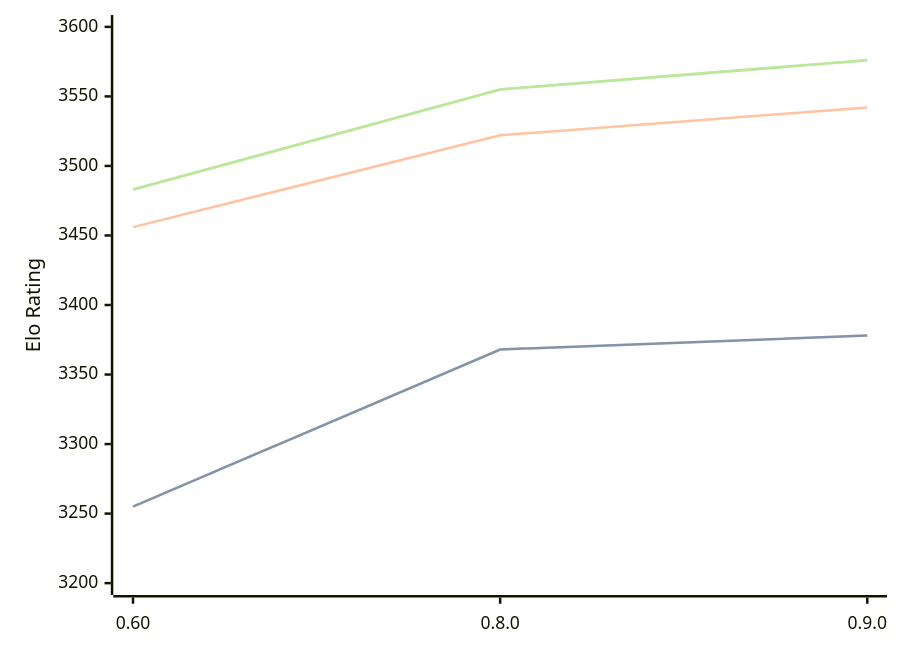
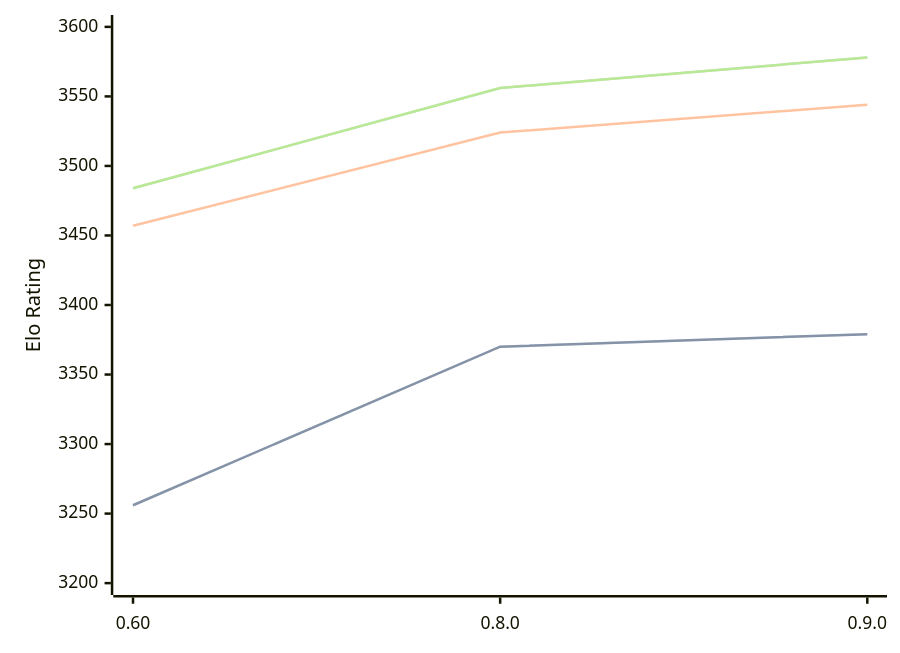
Before and after one commit to computer-chess-index/cci: the diagram in engines/Motor.md, drawn with Mermaid. The commit also changed other lines of this file, not shown here.

Commit message:
Update CCI Ratings (ELO VLTC) - 2026-05-06

````diff
--- a/engines/Motor.md
+++ b/engines/Motor.md
@@ -39,11 +39,11 @@
 ```mermaid
 %%{init: {"theme":"base","themeVariables":{"seriesColors:['#a3a3a3','#222221','#faa371']}}}%%
 xychart-beta
   x-axis ["0.60", "0.8.0", "0.9.0"]
   y-axis "Elo Rating" 3200 --> 3600
-  line "STC (8.0+0.08s)" [3255, 3368, 3378]
-  line "STC (8.0+0.08s)" [3255, 3368, 3378]
-  line "LTC (60.0+0.60s)" [3456, 3522, 3542]
-  line "VLTC (2m24s+1.12s)" [3483, 3555, 3576]
-  line "VLTC (2m24s+1.12s)" [3483, 3555, 3576]
+  line "STC (8.0+0.08s)" [3256, 3370, 3379]
+  line "STC (8.0+0.08s)" [3256, 3370, 3379]
+  line "LTC (60.0+0.60s)" [3457, 3524, 3544]
+  line "VLTC (2m24s+1.12s)" [3484, 3556, 3578]
+  line "VLTC (2m24s+1.12s)" [3484, 3556, 3578]
 ```
````
